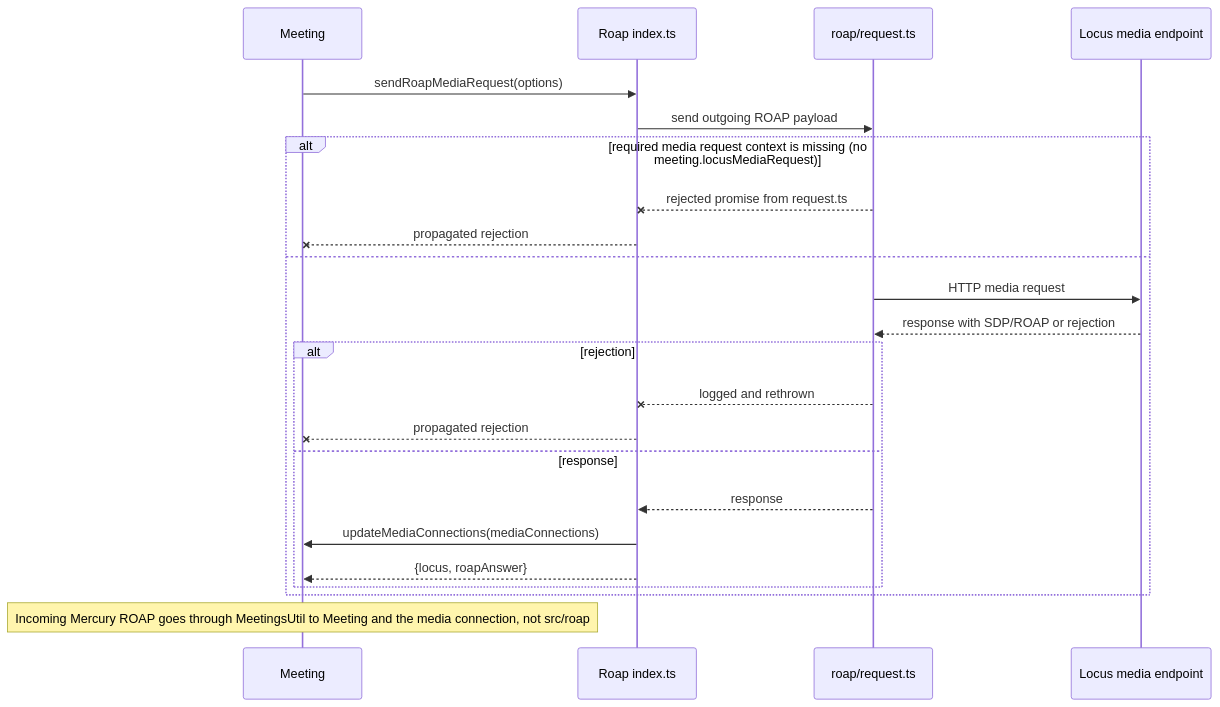
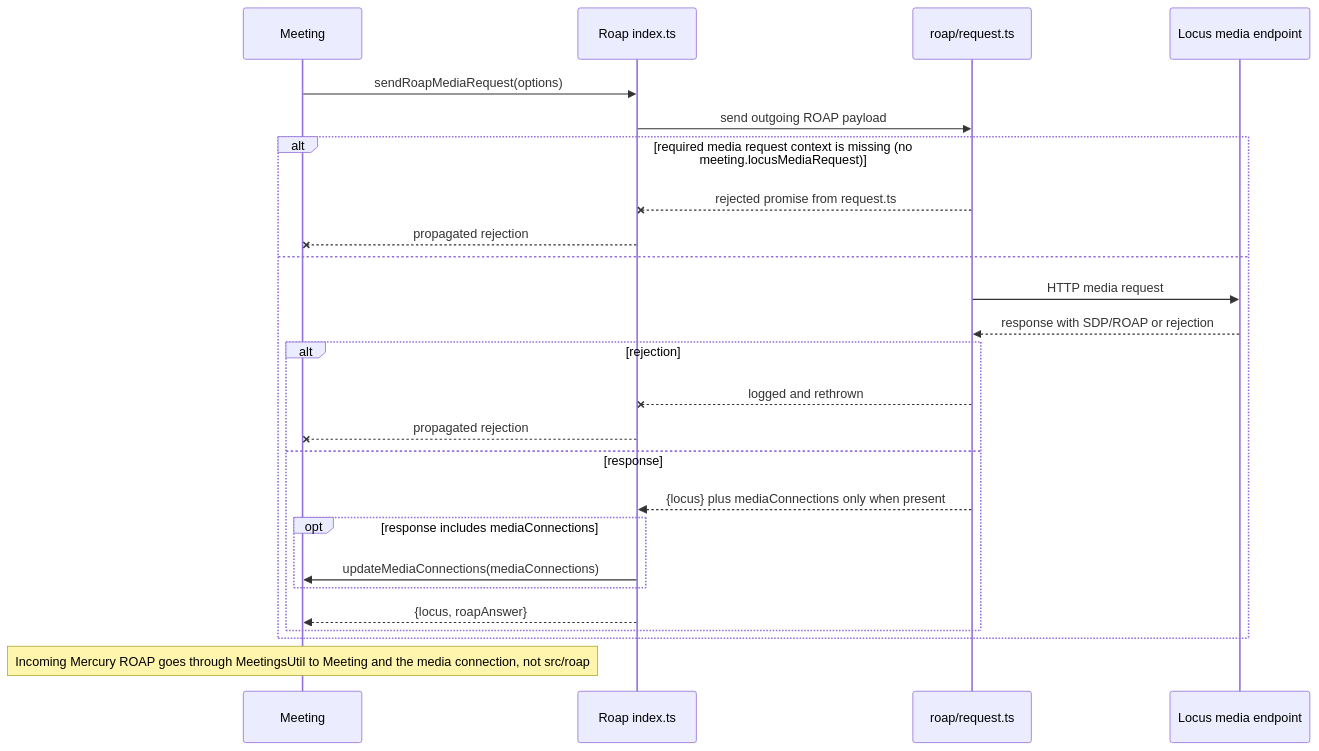
Before and after one commit to webex/webex-js-sdk: the second of 5 diagrams in packages/@webex/plugin-meetings/src/roap/docs/README.md, drawn with Mermaid. The commit also changed other lines of this file and 30 other files, not shown here.

````diff
--- a/packages/@webex/plugin-meetings/src/roap/docs/README.md
+++ b/packages/@webex/plugin-meetings/src/roap/docs/README.md
@@ -224,25 +224,27 @@
 ```mermaid
 sequenceDiagram
   participant M as Meeting
   participant R as Roap index.ts
   participant Q as roap/request.ts
   participant L as Locus media endpoint
   M->>R: sendRoapMediaRequest(options)
   R->>Q: send outgoing ROAP payload
   alt required media request context is missing (no meeting.locusMediaRequest)
     Q--xR: rejected promise from request.ts
     R--xM: propagated rejection
   else
     Q->>L: HTTP media request
     L-->>Q: response with SDP/ROAP or rejection
     alt rejection
       Q--xR: logged and rethrown
       R--xM: propagated rejection
     else response
-      Q-->>R: response
-      R->>M: updateMediaConnections(mediaConnections)
+      Q-->>R: {locus} plus mediaConnections only when present
+      opt response includes mediaConnections
+        R->>M: updateMediaConnections(mediaConnections)
+      end
       R-->>M: {locus, roapAnswer}
     end
   end
   Note over M: Incoming Mercury ROAP goes through MeetingsUtil to Meeting and the media connection, not src/roap
 ```
````
